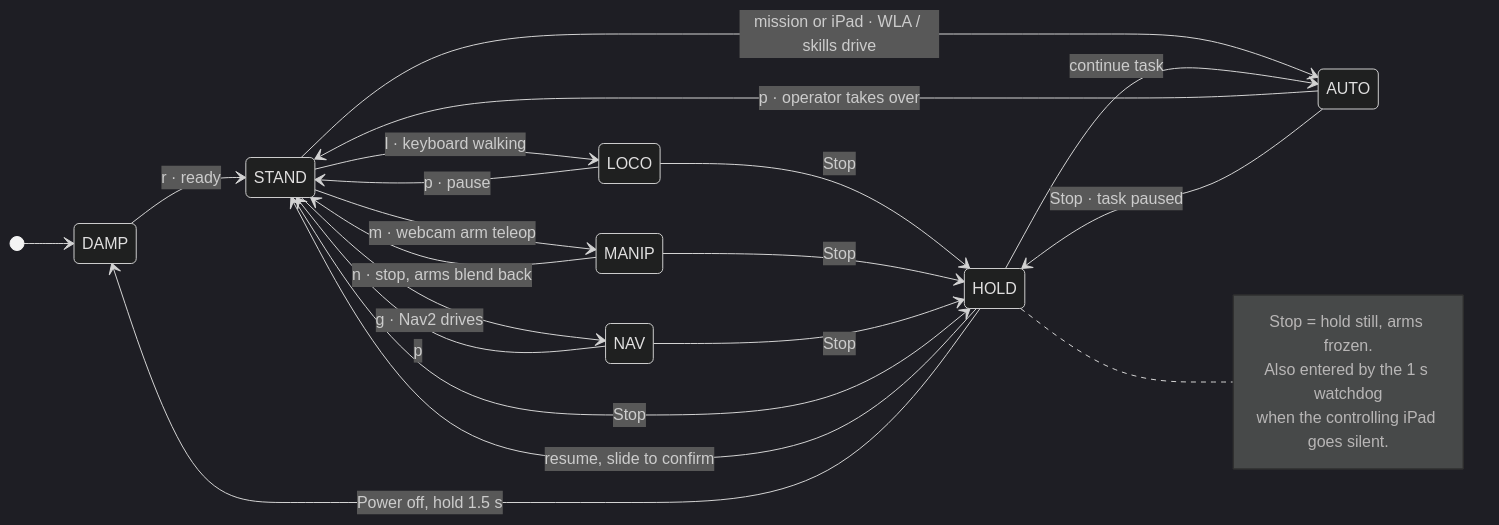
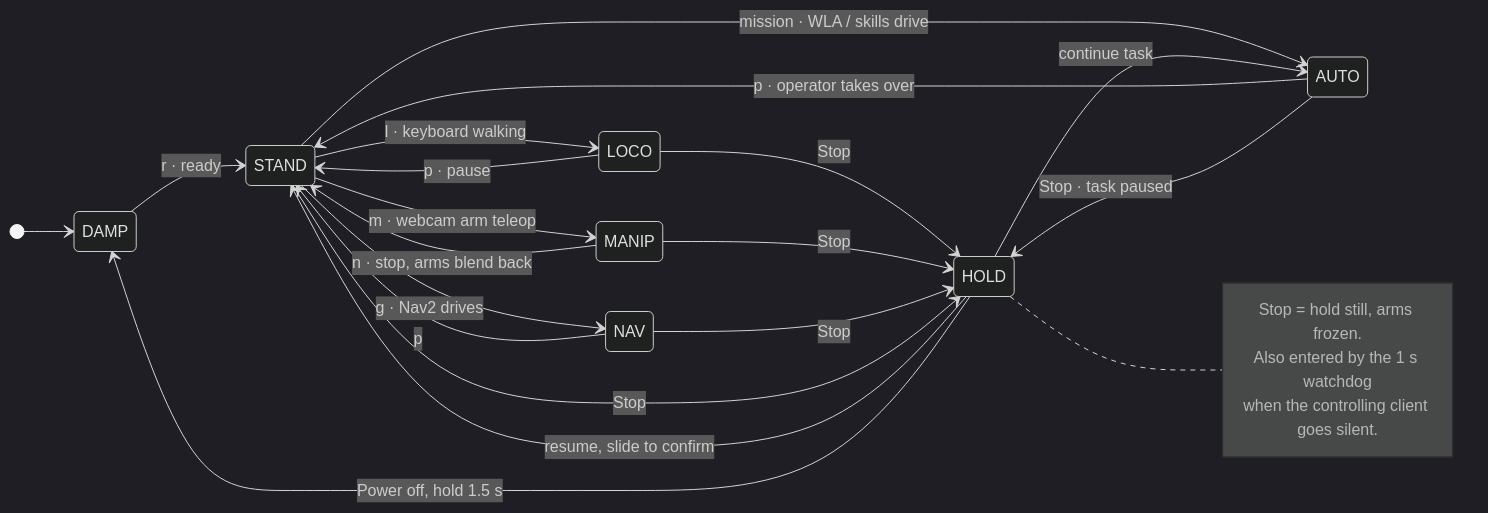
One commit to Bkrakshith/hospital-sim changed the third of 5 diagrams in docs/architecture.md. Above: the diagram before and after it, drawn with Mermaid (dark theme). The commit also changed other lines of this file and 8 other files, not shown here.

````diff
--- a/docs/architecture.md
+++ b/docs/architecture.md
@@ -163,27 +153,27 @@
 ```mermaid
 stateDiagram-v2
   direction LR
   [*] --> DAMP
   DAMP --> STAND: r · ready
   STAND --> LOCO: l · keyboard walking
   LOCO --> STAND: p · pause
   STAND --> MANIP: m · webcam arm teleop
   MANIP --> STAND: n · stop, arms blend back
   STAND --> NAV: g · Nav2 drives
   NAV --> STAND: p
-  STAND --> AUTO: mission or iPad · WLA / skills drive
+  STAND --> AUTO: mission · WLA / skills drive
   AUTO --> STAND: p · operator takes over
   LOCO --> HOLD: Stop
   MANIP --> HOLD: Stop
   NAV --> HOLD: Stop
   AUTO --> HOLD: Stop · task paused
   STAND --> HOLD: Stop
   HOLD --> STAND: resume, slide to confirm
   HOLD --> AUTO: continue task
   HOLD --> DAMP: Power off, hold 1.5 s
   note right of HOLD
     Stop = hold still, arms frozen.
     Also entered by the 1 s watchdog
-    when the controlling iPad goes silent.
+    when the controlling client goes silent.
   end note
 ```
````
